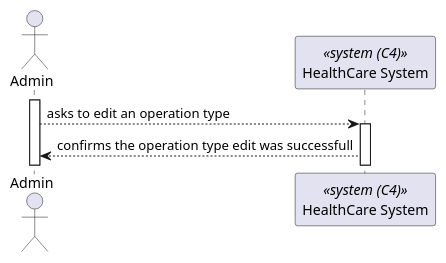
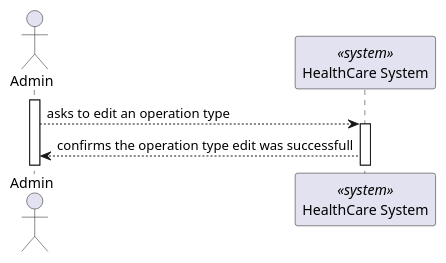
One commit to Lapr5G21/sem5pi-24-25-3ddg21 changed the diagram in docs/OperationTypeEdit/views/level1/process-view.puml. Above: the diagram before and after it, drawn with PlantUML. The commit also changed 11 other files, not shown here.

```diff
--- a/docs/OperationTypeEdit/views/level1/process-view.puml
+++ b/docs/OperationTypeEdit/views/level1/process-view.puml
@@ -1,15 +1,15 @@
 @startuml
 
 actor Admin as "Admin"
-participant SYS as "HealthCare System" <<system (C4)>>
+participant SYS as "HealthCare System" <<system>>
 
 activate Admin 
 
 Admin --> SYS : asks to edit an operation type
 
 activate SYS 
 
 SYS --> Admin : confirms the operation type edit was successfull
 
 
 @enduml
```
